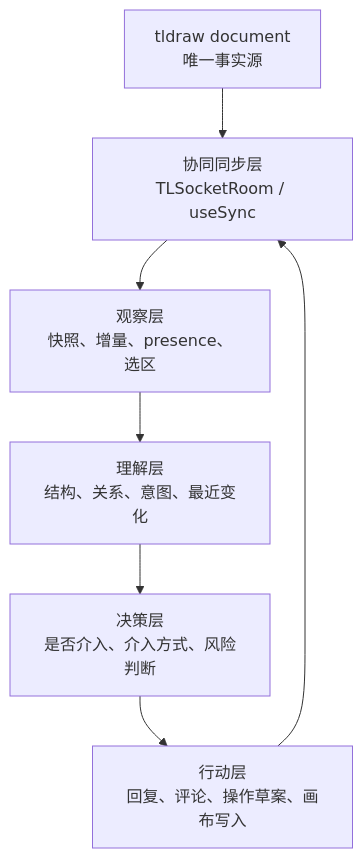
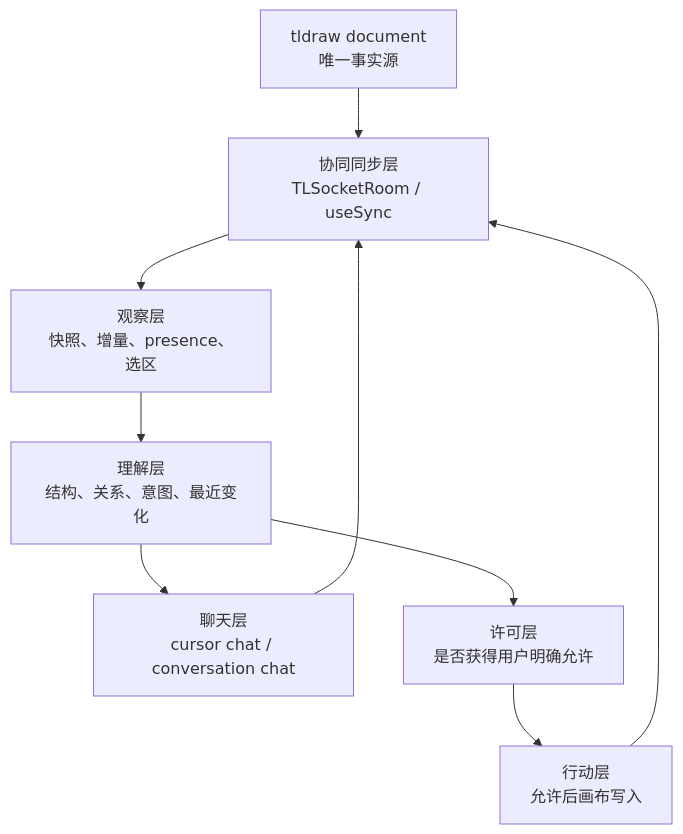
Before and after one commit to williamChen26/drawless: the third of 15 diagrams in specs/coworker-collaboration-architecture.md, drawn with Mermaid. The commit also changed other lines of this file and 11 other files, not shown here.

Commit message:
feat: PoC 阶段-检验 cursor chat

````diff
--- a/specs/coworker-collaboration-architecture.md
+++ b/specs/coworker-collaboration-architecture.md
@@ -57,9 +110,11 @@
 ```mermaid
 flowchart TB
   A["tldraw document<br/>唯一事实源"] --> B["协同同步层<br/>TLSocketRoom / useSync"]
   B --> C["观察层<br/>快照、增量、presence、选区"]
   C --> D["理解层<br/>结构、关系、意图、最近变化"]
-  D --> E["决策层<br/>是否介入、介入方式、风险判断"]
-  E --> F["行动层<br/>回复、评论、操作草案、画布写入"]
-  F --> B
+  D --> E["聊天层<br/>cursor chat / conversation chat"]
+  D --> F["许可层<br/>是否获得用户明确允许"]
+  F --> G["行动层<br/>允许后画布写入"]
+  E --> B
+  G --> B
 ```
````
